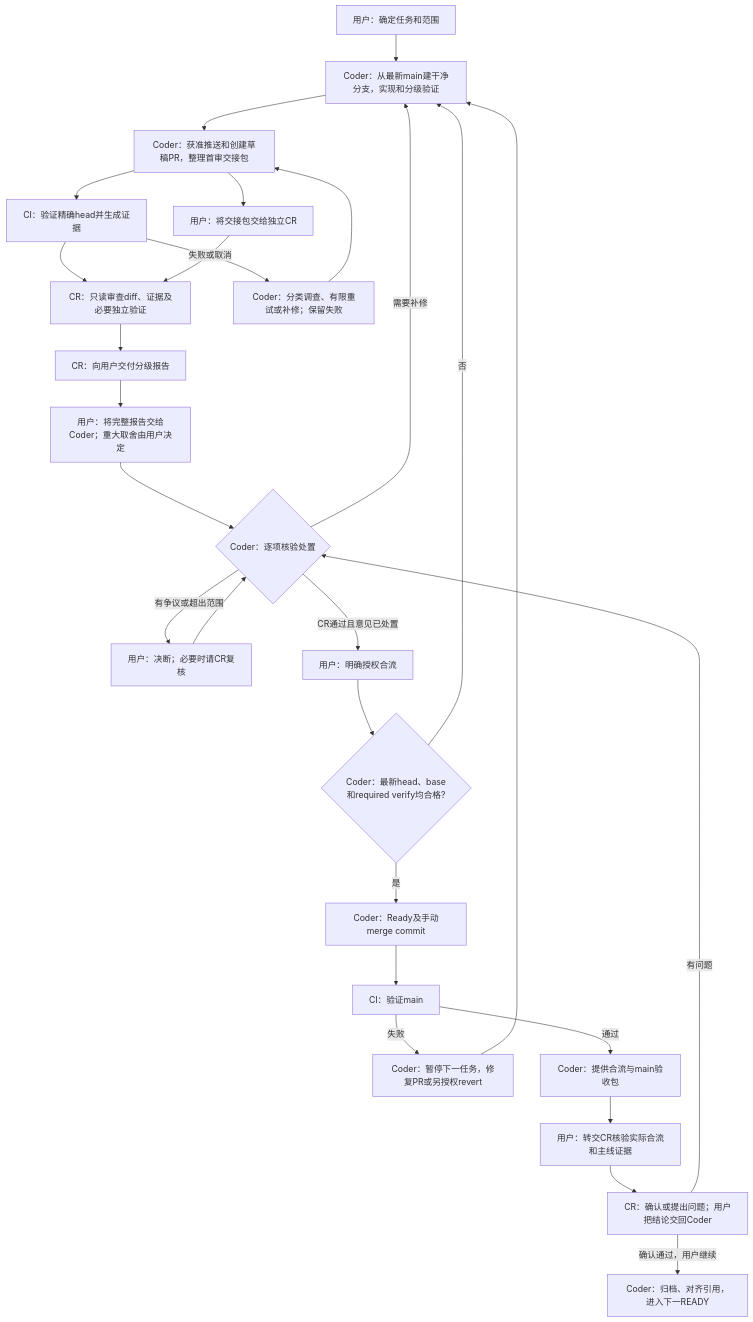
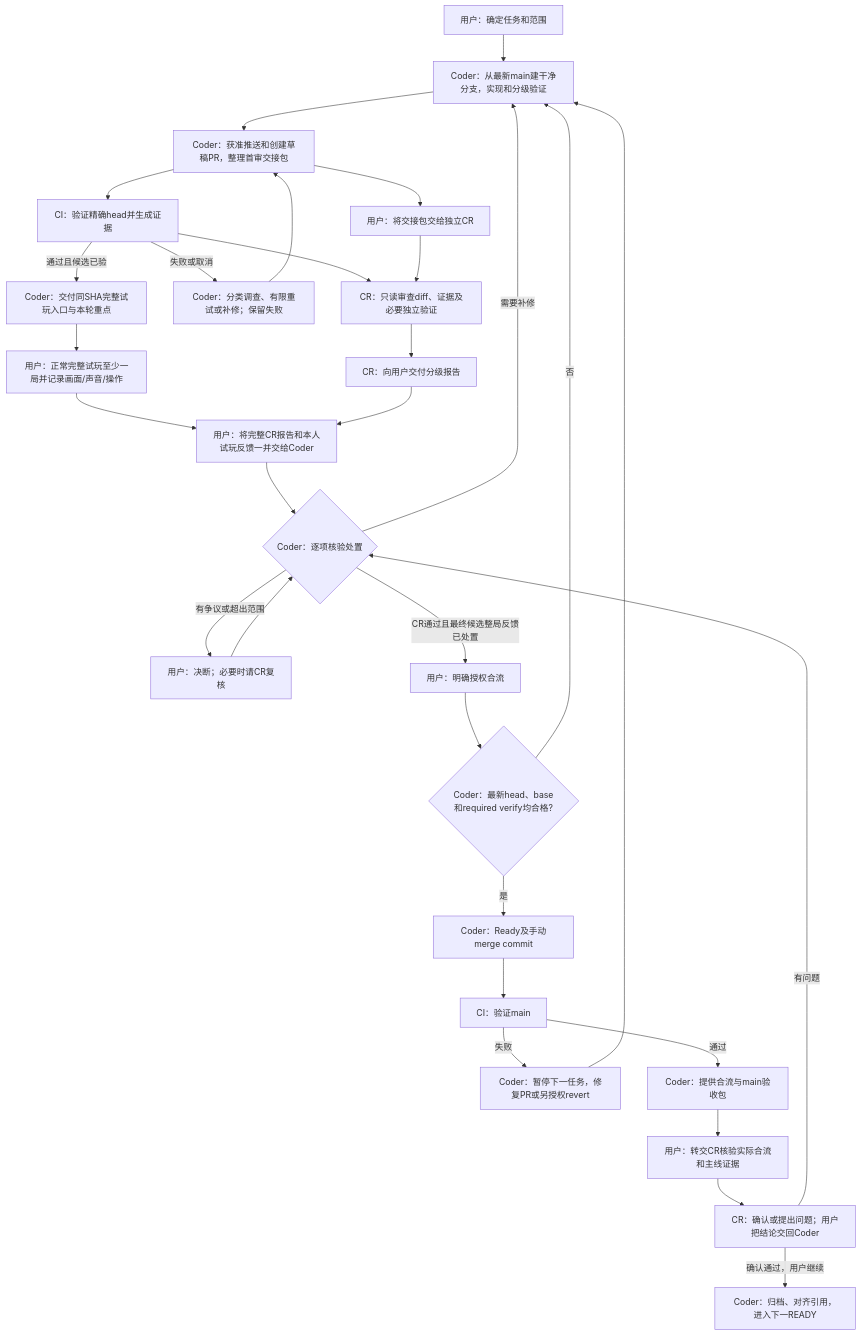
Before and after one commit to lzly2004/Village-of-Cyber-Remake: the diagram in docs/workflow-daily-guide.md, drawn with Mermaid. The commit also changed other lines of this file and 10 other files, not shown here.

````diff
--- a/docs/workflow-daily-guide.md
+++ b/docs/workflow-daily-guide.md
@@ -9,29 +9,32 @@
 ```mermaid
 flowchart TD
   U[用户：确定任务和范围] --> C[Coder：从最新main建干净分支，实现和分级验证]
   C --> P[Coder：获准推送和创建草稿PR，整理首审交接包]
   P --> I[CI：验证精确head并生成证据]
   P --> H[用户：将交接包交给独立CR]
   I --> R[CR：只读审查diff、证据及必要独立验证]
   H --> R
   I -->|失败或取消| F[Coder：分类调查、有限重试或补修；保留失败]
   F --> P
   R --> Q[CR：向用户交付分级报告]
-  Q --> V[用户：将完整报告交给Coder；重大取舍由用户决定]
+  I -->|通过且候选已验| T[Coder：交付同SHA完整试玩入口与本轮重点]
+  T --> G[用户：正常完整试玩至少一局并记录画面/声音/操作]
+  G --> V[用户：将完整CR报告和本人试玩反馈一并交给Coder]
+  Q --> V
   V --> D{Coder：逐项核验处置}
   D -->|需要补修| C
   D -->|有争议或超出范围| X[用户：决断；必要时请CR复核]
   X --> D
-  D -->|CR通过且意见已处置| A[用户：明确授权合流]
+  D -->|CR通过且最终候选整局反馈已处置| A[用户：明确授权合流]
   A --> B{Coder：最新head、base和required verify均合格?}
   B -->|否| C
   B -->|是| M[Coder：Ready及手动merge commit]
   M --> J[CI：验证main]
   J -->|失败| S[Coder：暂停下一任务，修复PR或另授权revert]
   S --> C
   J -->|通过| K[Coder：提供合流与main验收包]
   K --> L[用户：转交CR核验实际合流和主线证据]
   L --> N[CR：确认或提出问题；用户把结论交回Coder]
   N -->|有问题| D
   N -->|确认通过，用户继续| W[Coder：归档、对齐引用，进入下一READY]
 ```
````
